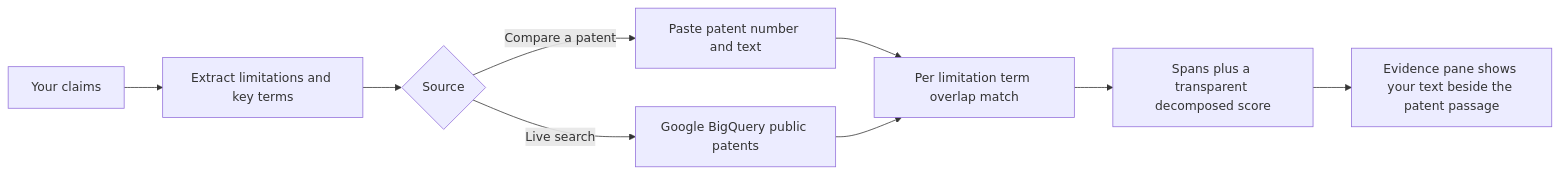
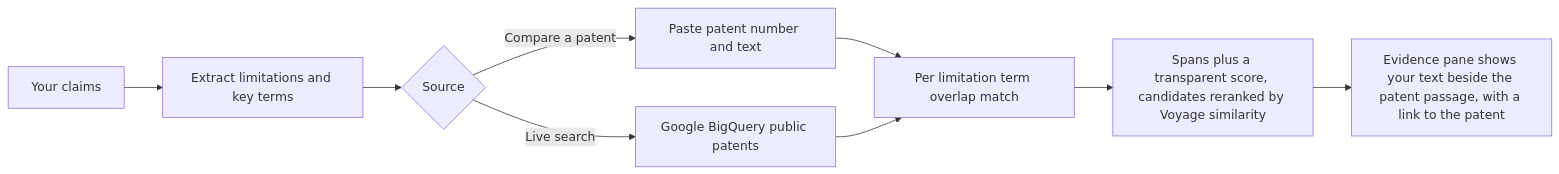
Before and after one commit to aaravmin/Pincite: the first of 4 diagrams in README.md, drawn with Mermaid. The commit also changed other lines of this file and 37 other files, not shown here.

First line of the commit message:
Clickable patent links, semantic MPEP locate, Voyage prior-art ranking

````diff
--- a/README.md
+++ b/README.md
@@ -66,11 +66,11 @@
 ```mermaid
 flowchart LR
   A[Your claims] --> B[Extract limitations and key terms]
   B --> C{Source}
   C -->|Compare a patent| D[Paste patent number and text]
   C -->|Live search| E[Google BigQuery public patents]
   D --> F[Per limitation term overlap match]
   E --> F
-  F --> G[Spans plus a transparent decomposed score]
-  G --> H[Evidence pane shows your text beside the patent passage]
+  F --> G[Spans plus a transparent score, candidates reranked by Voyage similarity]
+  G --> H[Evidence pane shows your text beside the patent passage, with a link to the patent]
 ```
````
